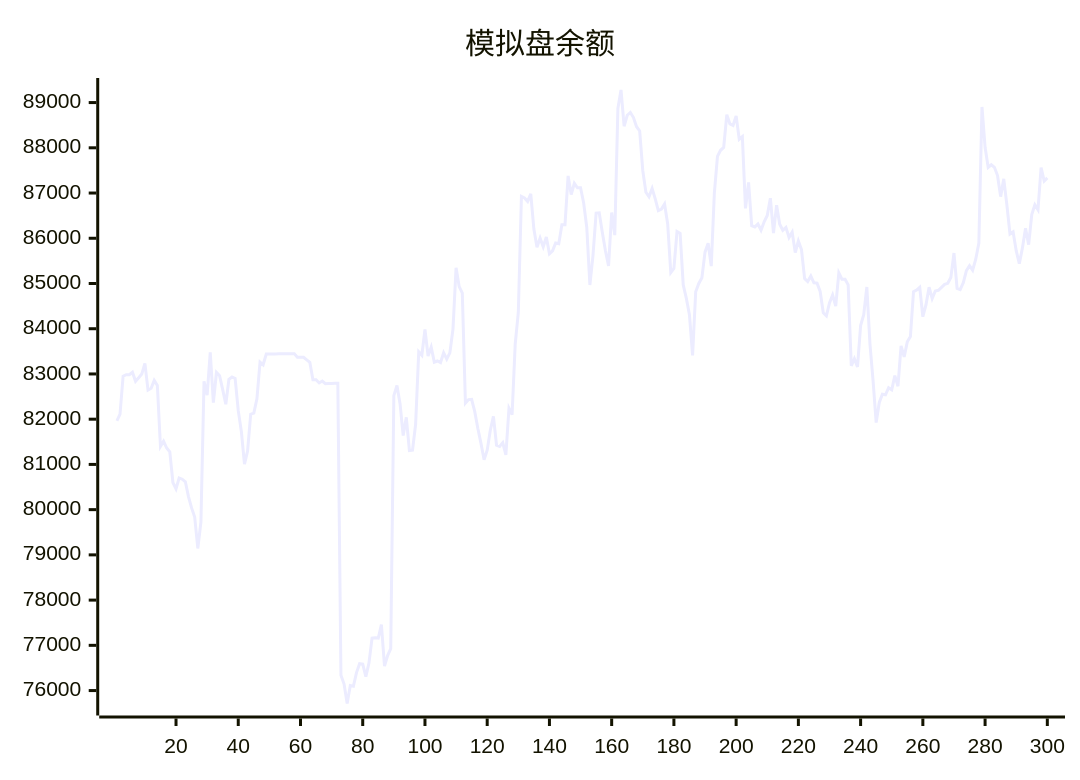
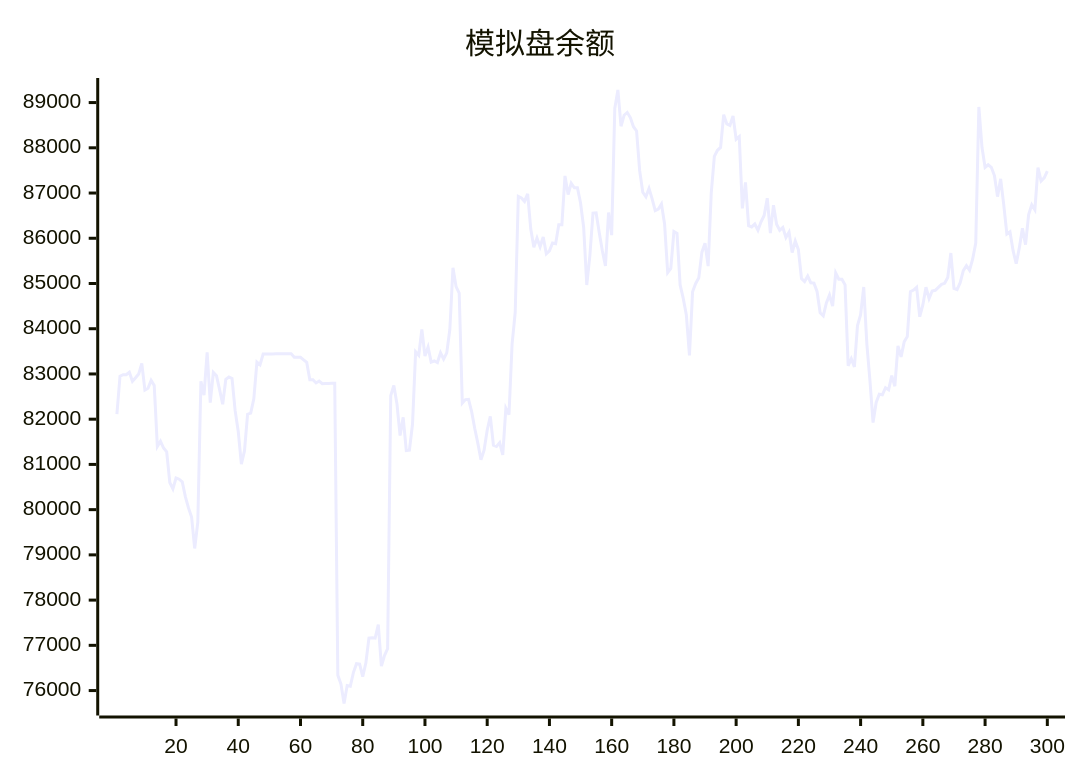
Before and after one commit to aahl/ai-trading: the diagram in README.md, drawn with Mermaid. The commit also changed other lines of this file and 1 other file, not shown here.

````diff
--- a/README.md
+++ b/README.md
@@ -5,5 +5,5 @@
 ```mermaid
 xychart
     title "模拟盘余额"
-    line [81963,82110,82951,82983,82984,83038,82838,82915,82998,83235,82642,82682,82858,82746,81396,81512,81362,81277,80600,80461,80699,80673,80616,80288,80038,79836,79142,79722,82837,82533,83480,82366,83032,82960,82654,82330,82883,82934,82901,82188,81728,81005,81298,82110,82135,82449,83264,83203,83440,83439,83440,83440,83446,83447,83448,83447,83448,83449,83369,83369,83369,83313,83256,82872,82873,82801,82844,82785,82791,82791,82793,82794,76339,76145,75714,76110,76096,76397,76594,76585,76310,76607,77160,77170,77160,77456,76541,76774,76927,82520,82744,82337,81639,82040,81307,81314,81887,83490,83414,83984,83396,83594,83261,83287,83253,83470,83327,83465,83987,85348,84930,84786,82355,82433,82438,82167,81795,81466,81105,81315,81756,82064,81426,81398,81481,81210,82242,82099,83658,84359,86925,86892,86814,86980,86203,85802,86003,85811,86028,85657,85721,85896,85880,86300,86299,87378,86965,87214,87115,87118,86780,86238,84966,85623,86555,86562,86129,85722,85387,86569,86070,88870,89278,88477,88720,88781,88668,88467,88372,87493,87018,86917,87102,86870,86613,86644,86758,86317,85242,85334,86149,86106,84968,84671,84302,83410,84816,85001,85127,85693,85891,85384,87001,87811,87945,88007,88734,88528,88495,88705,88189,88248,86662,87234,86279,86251,86314,86177,86364,86503,86886,86114,86731,86310,86176,86240,86017,86136,85685,85938,85749,85111,85044,85164,85016,85008,84824,84354,84287,84572,84745,84500,85234,85096,85095,84970,83180,83338,83157,84070,84309,84922,83667,82850,81924,82369,82552,82539,82695,82648,82962,82728,83619,83378,83710,83825,84819,84854,84917,84265,84527,84919,84668,84834,84850,84916,84981,85004,85131,85674,84891,84864,85019,85284,85393,85294,85538,85894,88904,88012,87567,87625,87568,87386,86920,87313,86737,86094,86143,85725,85437,85787,86219,85859,86526,86740,86630,87563,87264,87335]
+    line [82110,82951,82983,82984,83038,82838,82915,82998,83235,82642,82682,82858,82746,81396,81512,81362,81277,80600,80461,80699,80673,80616,80288,80038,79836,79142,79722,82837,82533,83480,82366,83032,82960,82654,82330,82883,82934,82901,82188,81728,81005,81298,82110,82135,82449,83264,83203,83440,83439,83440,83440,83446,83447,83448,83447,83448,83449,83369,83369,83369,83313,83256,82872,82873,82801,82844,82785,82791,82791,82793,82794,76339,76145,75714,76110,76096,76397,76594,76585,76310,76607,77160,77170,77160,77456,76541,76774,76927,82520,82744,82337,81639,82040,81307,81314,81887,83490,83414,83984,83396,83594,83261,83287,83253,83470,83327,83465,83987,85348,84930,84786,82355,82433,82438,82167,81795,81466,81105,81315,81756,82064,81426,81398,81481,81210,82242,82099,83658,84359,86925,86892,86814,86980,86203,85802,86003,85811,86028,85657,85721,85896,85880,86300,86299,87378,86965,87214,87115,87118,86780,86238,84966,85623,86555,86562,86129,85722,85387,86569,86070,88870,89278,88477,88720,88781,88668,88467,88372,87493,87018,86917,87102,86870,86613,86644,86758,86317,85242,85334,86149,86106,84968,84671,84302,83410,84816,85001,85127,85693,85891,85384,87001,87811,87945,88007,88734,88528,88495,88705,88189,88248,86662,87234,86279,86251,86314,86177,86364,86503,86886,86114,86731,86310,86176,86240,86017,86136,85685,85938,85749,85111,85044,85164,85016,85008,84824,84354,84287,84572,84745,84500,85234,85096,85095,84970,83180,83338,83157,84070,84309,84922,83667,82850,81924,82369,82552,82539,82695,82648,82962,82728,83619,83378,83710,83825,84819,84854,84917,84265,84527,84919,84668,84834,84850,84916,84981,85004,85131,85674,84891,84864,85019,85284,85393,85294,85538,85894,88904,88012,87567,87625,87568,87386,86920,87313,86737,86094,86143,85725,85437,85787,86219,85859,86526,86740,86630,87563,87264,87335,87483]
 ```
````
